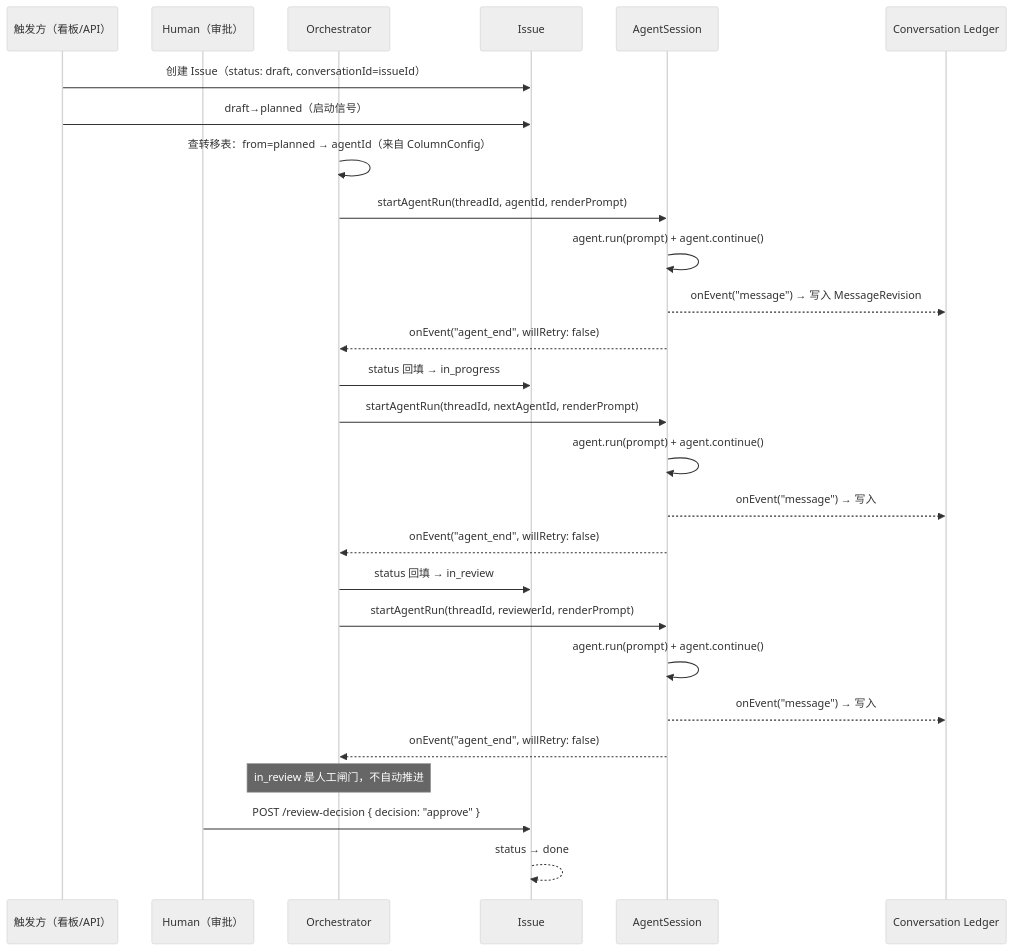
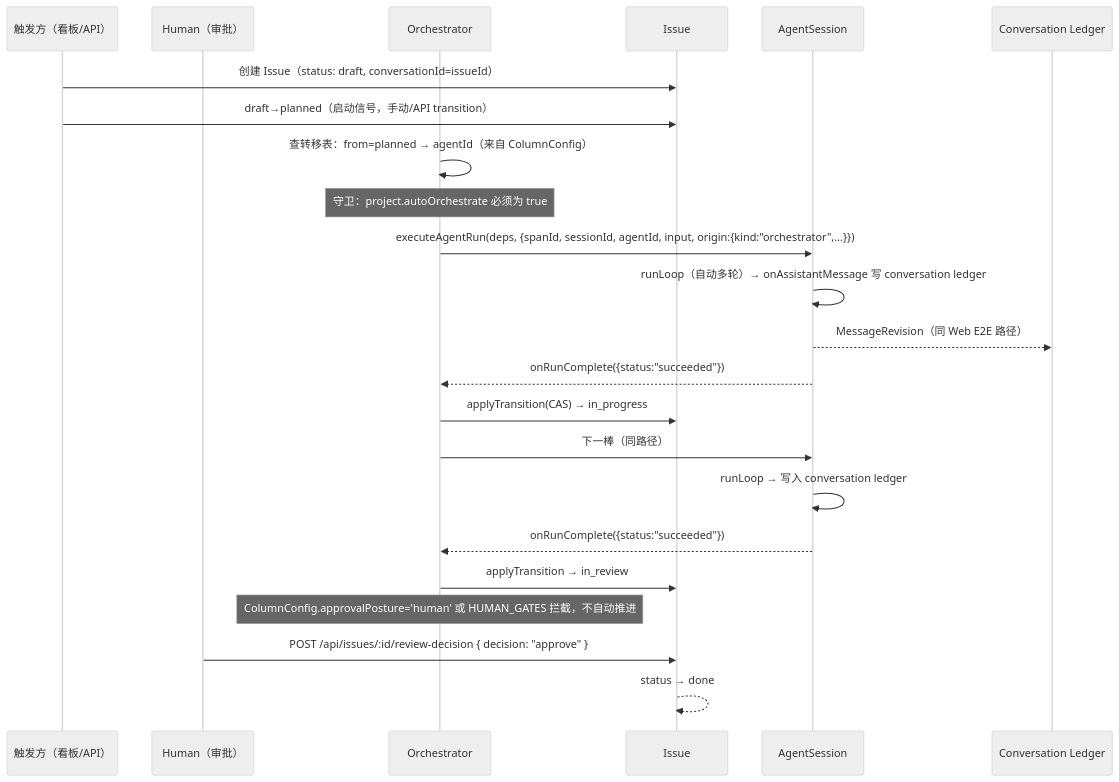
Before and after one commit to Chengchcc/my-agent-team: the diagram in docs/architecture/flows/e2e-issue-lifecycle.md, drawn with Mermaid (neutral theme). The commit also changed other lines of this file and 14 other files, not shown here.

````diff
--- a/docs/architecture/flows/e2e-issue-lifecycle.md
+++ b/docs/architecture/flows/e2e-issue-lifecycle.md
@@ -20,30 +20,26 @@
 ```mermaid
 sequenceDiagram
   participant T as 触发方（看板/API）
   participant H as Human（审批）
   participant O as Orchestrator
   participant I as Issue
   participant AS as AgentSession
   participant L as Conversation Ledger
 
   T->>I: 创建 Issue（status: draft, conversationId=issueId）
-  T->>I: draft→planned（启动信号）
+  T->>I: draft→planned（启动信号，手动/API transition）
   O->>O: 查转移表：from=planned → agentId（来自 ColumnConfig）
-  O->>AS: startAgentRun(threadId, agentId, renderPrompt)
-  AS->>AS: agent.run(prompt) + agent.continue()
-  AS-->>L: onEvent("message") → 写入 MessageRevision
-  AS-->>O: onEvent("agent_end", willRetry: false)
-  O->>I: status 回填 → in_progress
-  O->>AS: startAgentRun(threadId, nextAgentId, renderPrompt)
-  AS->>AS: agent.run(prompt) + agent.continue()
-  AS-->>L: onEvent("message") → 写入
-  AS-->>O: onEvent("agent_end", willRetry: false)
-  O->>I: status 回填 → in_review
-  O->>AS: startAgentRun(threadId, reviewerId, renderPrompt)
-  AS->>AS: agent.run(prompt) + agent.continue()
-  AS-->>L: onEvent("message") → 写入
-  AS-->>O: onEvent("agent_end", willRetry: false)
-  Note over O: in_review 是人工闸门，不自动推进
-  H->>I: POST /review-decision { decision: "approve" }
+  Note over O: 守卫：project.autoOrchestrate 必须为 true
+  O->>AS: executeAgentRun(deps, {spanId, sessionId, agentId, input, origin:{kind:"orchestrator",…}})
+  AS->>AS: runLoop（自动多轮）→ onAssistantMessage 写 conversation ledger
+  AS-->>L: MessageRevision（同 Web E2E 路径）
+  AS-->>O: onRunComplete({status:"succeeded"})
+  O->>I: applyTransition(CAS) → in_progress
+  O->>AS: 下一棒（同路径）
+  AS->>AS: runLoop → 写入 conversation ledger
+  AS-->>O: onRunComplete({status:"succeeded"})
+  O->>I: applyTransition → in_review
+  Note over O: ColumnConfig.approvalPosture='human' 或 HUMAN_GATES 拦截，不自动推进
+  H->>I: POST /api/issues/:id/review-decision { decision: "approve" }
   I-->>I: status → done
 ```
````
